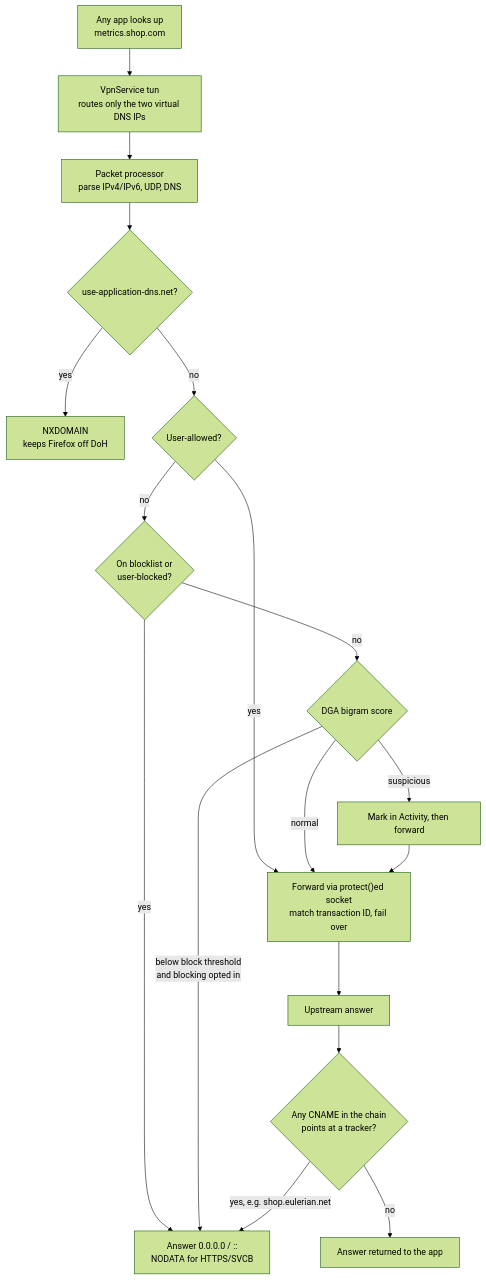
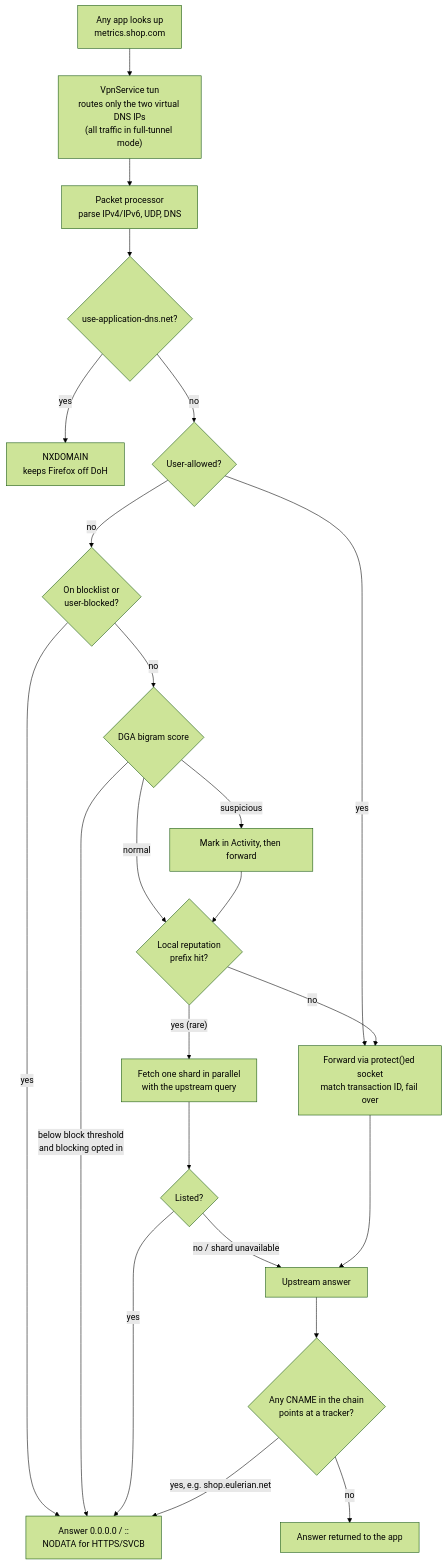
One commit to Keshav-gehlot/nullroute changed the fourth of 8 diagrams in README.md. Above: the diagram before and after it, drawn with Mermaid (forest theme). The commit also changed other lines of this file and 8 other files, not shown here.

First line of the commit message:
Docs: architecture diagram, README and screenshots for reputation, SNI inspection and cross-site detection

````diff
--- a/README.md
+++ b/README.md
@@ -125,20 +146,25 @@
 ```mermaid
 flowchart TD
-  A["Any app looks up<br/>metrics.shop.com"] --> TUN["VpnService tun<br/>routes only the two virtual DNS IPs"]
+  A["Any app looks up<br/>metrics.shop.com"] --> TUN["VpnService tun<br/>routes only the two virtual DNS IPs<br/>(all traffic in full-tunnel mode)"]
   TUN --> PP["Packet processor<br/>parse IPv4/IPv6, UDP, DNS"]
   PP --> CAN{"use-application-dns.net?"}
   CAN -->|yes| NX["NXDOMAIN<br/>keeps Firefox off DoH"]
   CAN -->|no| UA{"User-allowed?"}
   UA -->|yes| FWD
   UA -->|no| BL{"On blocklist or<br/>user-blocked?"}
   BL -->|yes| SINK["Answer 0.0.0.0 / ::<br/>NODATA for HTTPS/SVCB"]
   BL -->|no| DGA{"DGA bigram score"}
   DGA -->|"below block threshold<br/>and blocking opted in"| SINK
   DGA -->|"suspicious"| FLAG["Mark in Activity, then forward"]
-  DGA -->|normal| FWD["Forward via protect()ed socket<br/>match transaction ID, fail over"]
-  FLAG --> FWD
+  DGA -->|normal| RP{"Local reputation<br/>prefix hit?"}
+  FLAG --> RP
+  RP -->|"yes (rare)"| BOTH["Fetch one shard in parallel<br/>with the upstream query"]
+  RP -->|no| FWD["Forward via protect()ed socket<br/>match transaction ID, fail over"]
+  BOTH --> LISTED{"Listed?"}
+  LISTED -->|yes| SINK
+  LISTED -->|"no / shard unavailable"| ANS
   FWD --> ANS["Upstream answer"]
   ANS --> CN{"Any CNAME in the chain<br/>points at a tracker?"}
   CN -->|"yes, e.g. shop.eulerian.net"| SINK
   CN -->|no| OK["Answer returned to the app"]
 ```
````
